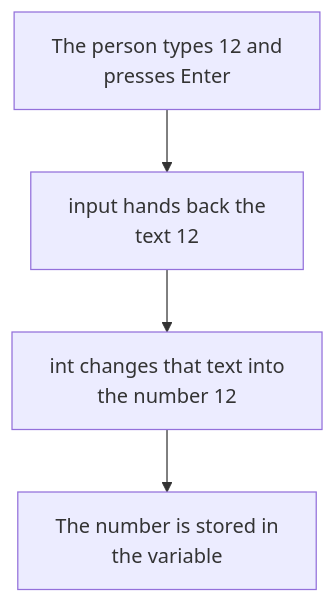
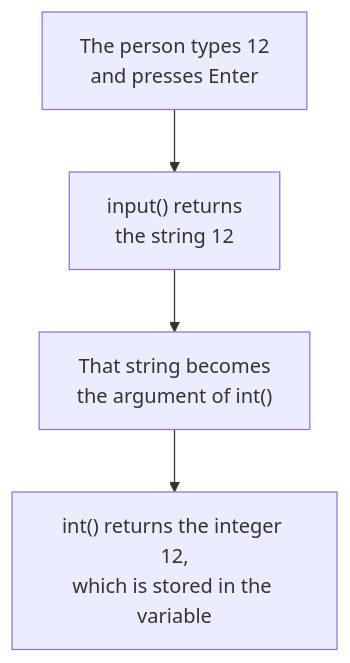
Before and after one commit to VishnuKumpati/KVCET_Year1_Content: the diagram in modules/m1-programming-and-computational-thinking/wk2-operators-and-computational-thinking/1-type-conversion.md, drawn with Mermaid. The commit also changed other lines of this file and 12 other files, not shown here.

````diff
--- a/modules/m1-programming-and-computational-thinking/wk2-operators-and-computational-thinking/1-type-conversion.md
+++ b/modules/m1-programming-and-computational-thinking/wk2-operators-and-computational-thinking/1-type-conversion.md
@@ -118,6 +122,6 @@
 ```mermaid
 flowchart TD
-    A["The person types 12 and \npresses Enter"] --> B["input hands back the \n text 12"]
-    B --> C["int changes that text into \n the number 12"]
-    C --> D["The number is stored in  \nthe variable"]
+    A["The person types 12<br>and presses Enter"] --> B["input() returns<br>the string 12"]
+    B --> C["That string becomes<br>the argument of int()"]
+    C --> D["int() returns the integer 12,<br>which is stored in the variable"]
 ```
````
